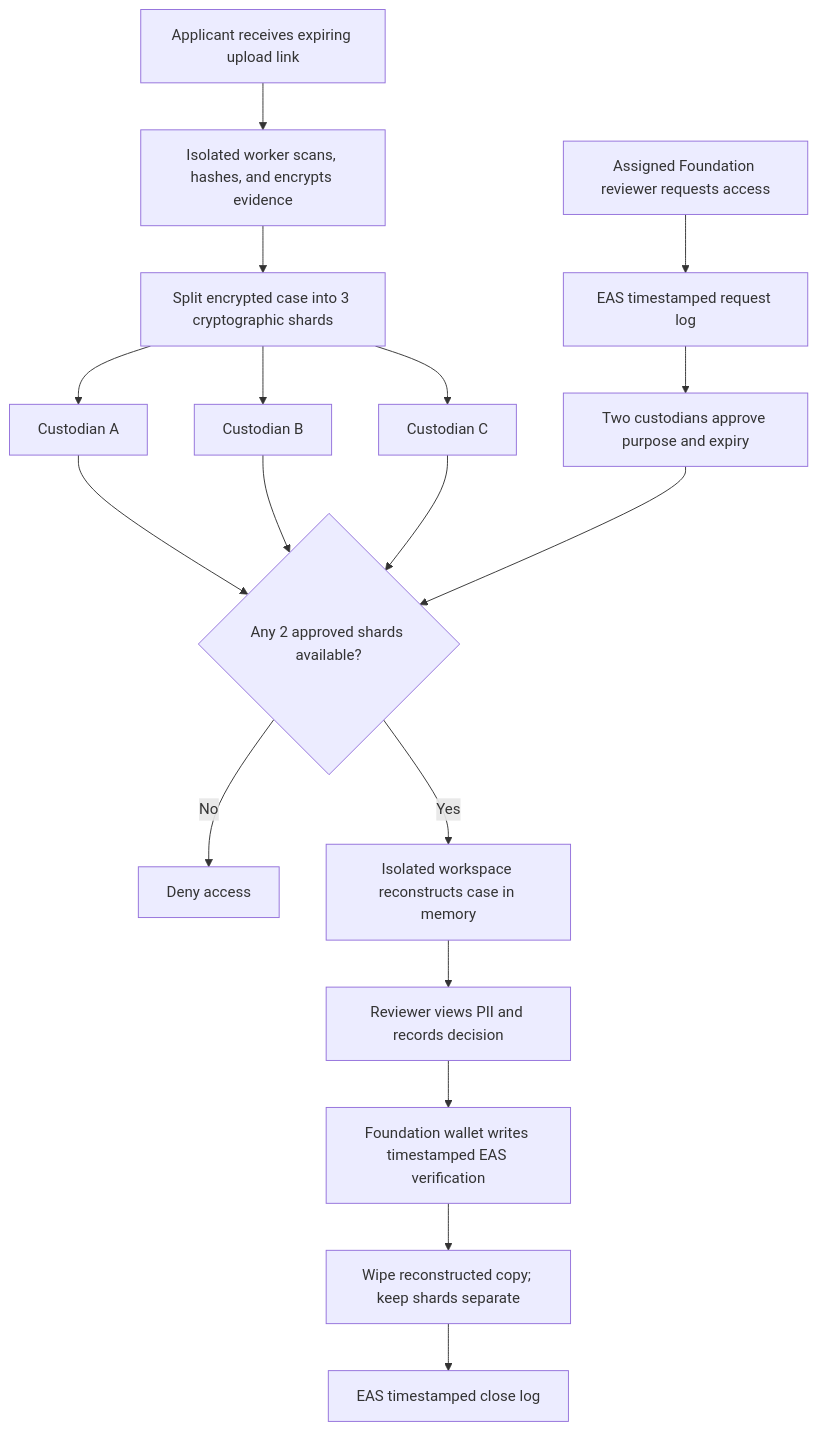
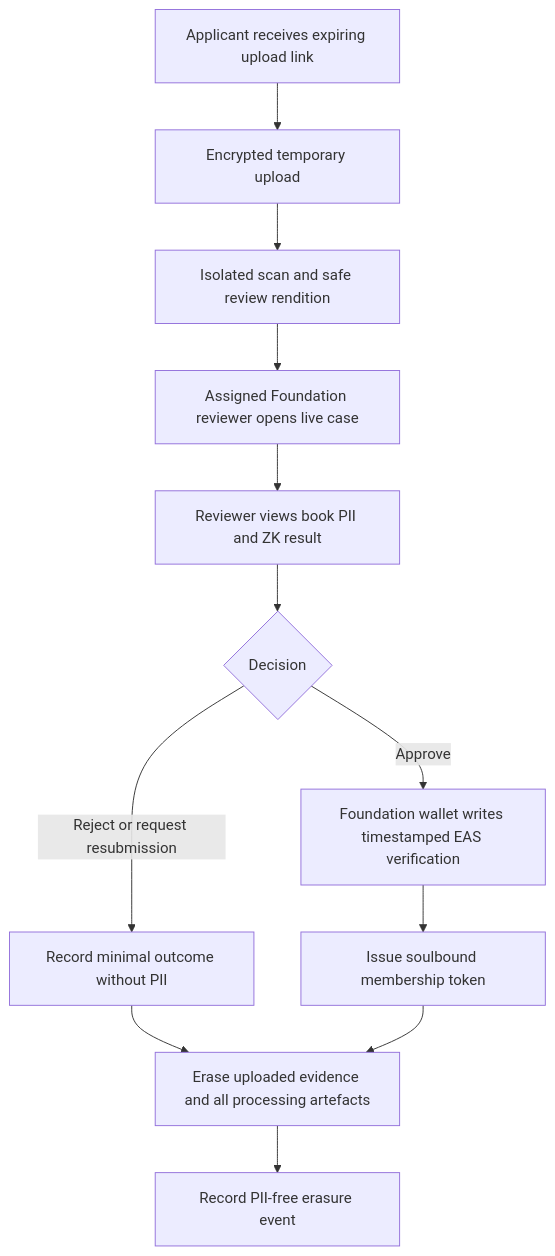
Before and after one commit to AlexJupiter/tibetan-id: the fourth of 6 diagrams in README.md, drawn with Mermaid. The commit also changed other lines of this file, not shown here.

Commit message:
Replace evidence custody with immediate deletion

````diff
--- a/README.md
+++ b/README.md
@@ -128,20 +132,14 @@
 ```mermaid
 flowchart TD
-    A[Applicant receives expiring upload link] --> B[Isolated worker scans, hashes, and encrypts evidence]
-    B --> C[Split encrypted case into 3 cryptographic shards]
-    C --> D[Custodian A]
-    C --> E[Custodian B]
-    C --> F[Custodian C]
-    G[Assigned Foundation reviewer requests access] --> H[EAS timestamped request log]
-    H --> I[Two custodians approve purpose and expiry]
-    D --> J{Any 2 approved shards available?}
-    E --> J
-    F --> J
+    A[Applicant receives expiring upload link] --> B[Encrypted temporary upload]
+    B --> C[Isolated scan and safe review rendition]
+    C --> D[Assigned Foundation reviewer opens live case]
+    D --> E[Reviewer views book PII and ZK result]
+    E --> F{Decision}
+    F -->|Reject or request resubmission| G[Record minimal outcome without PII]
+    F -->|Approve| H[Foundation wallet writes timestamped EAS verification]
+    H --> I[Issue soulbound membership token]
+    G --> J[Erase uploaded evidence and all processing artefacts]
     I --> J
-    J -->|No| K[Deny access]
-    J -->|Yes| L[Isolated workspace reconstructs case in memory]
-    L --> M[Reviewer views PII and records decision]
-    M --> N[Foundation wallet writes timestamped EAS verification]
-    N --> O[Wipe reconstructed copy; keep shards separate]
-    O --> P[EAS timestamped close log]
+    J --> K[Record PII-free erasure event]
 ```
````
